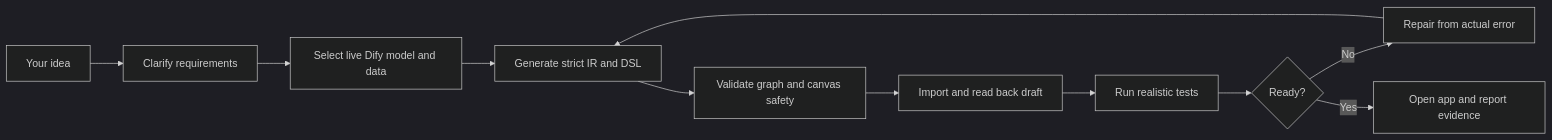
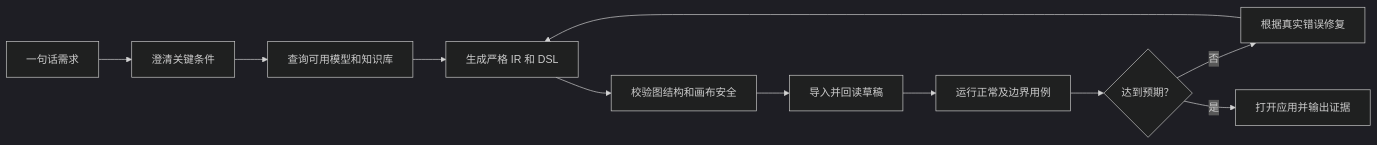
Before and after one commit to MQM233/dify-workflow-mcp: the diagram in README.md, drawn with Mermaid (dark theme). The commit also changed other lines of this file and 3 other files, not shown here.

````diff
--- a/README.md
+++ b/README.md
@@ -39,13 +39,13 @@
 ```mermaid
 flowchart LR
-  A["Your idea"] --> B["Clarify requirements"]
-  B --> C["Select live Dify model and data"]
-  C --> D["Generate strict IR and DSL"]
-  D --> E["Validate graph and canvas safety"]
-  E --> F["Import and read back draft"]
-  F --> G["Run realistic tests"]
-  G --> H{"Ready?"}
-  H -- "No" --> I["Repair from actual error"]
+  A["一句话需求"] --> B["澄清关键条件"]
+  B --> C["查询可用模型和知识库"]
+  C --> D["生成严格 IR 和 DSL"]
+  D --> E["校验图结构和画布安全"]
+  E --> F["导入并回读草稿"]
+  F --> G["运行正常及边界用例"]
+  G --> H{"达到预期？"}
+  H -- "否" --> I["根据真实错误修复"]
   I --> D
-  H -- "Yes" --> J["Open app and report evidence"]
+  H -- "是" --> J["打开应用并输出证据"]
 ```
````
